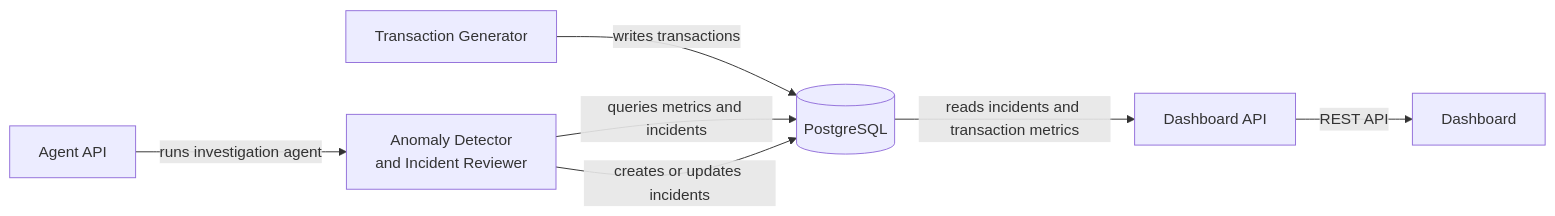
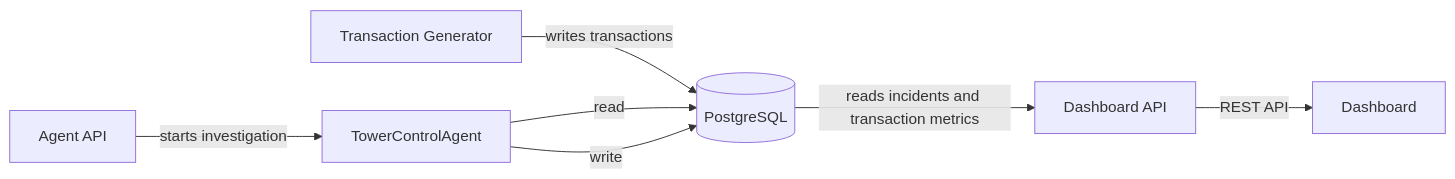
Before and after one commit to gaston-lm/tcp-nextwave-hackathon: the diagram in ARCHITECTURE.md, drawn with Mermaid. The commit also changed other lines of this file and 5 other files, not shown here.

Commit message:
docs: refresh control tower architecture

````diff
--- a/ARCHITECTURE.md
+++ b/ARCHITECTURE.md
@@ -3,11 +3,11 @@
 ```mermaid
 flowchart LR
     Generator[Transaction Generator] -->|writes transactions| Postgres[(PostgreSQL)]
 
     Postgres -->|reads incidents and transaction metrics| DashboardAPI[Dashboard API]
     DashboardAPI -->|REST API| Dashboard[Dashboard]
 
-    AgentAPI[Agent API] -->|runs investigation agent| Agent[Anomaly Detector<br/>and Incident Reviewer]
-    Agent -->|queries metrics and incidents| Postgres
-    Agent -->|creates or updates incidents| Postgres
+    AgentAPI[Agent API] -->|starts investigation| TowerControlAgent[TowerControlAgent]
+    TowerControlAgent -->|read| Postgres
+    TowerControlAgent -->|write| Postgres
 ```
````
